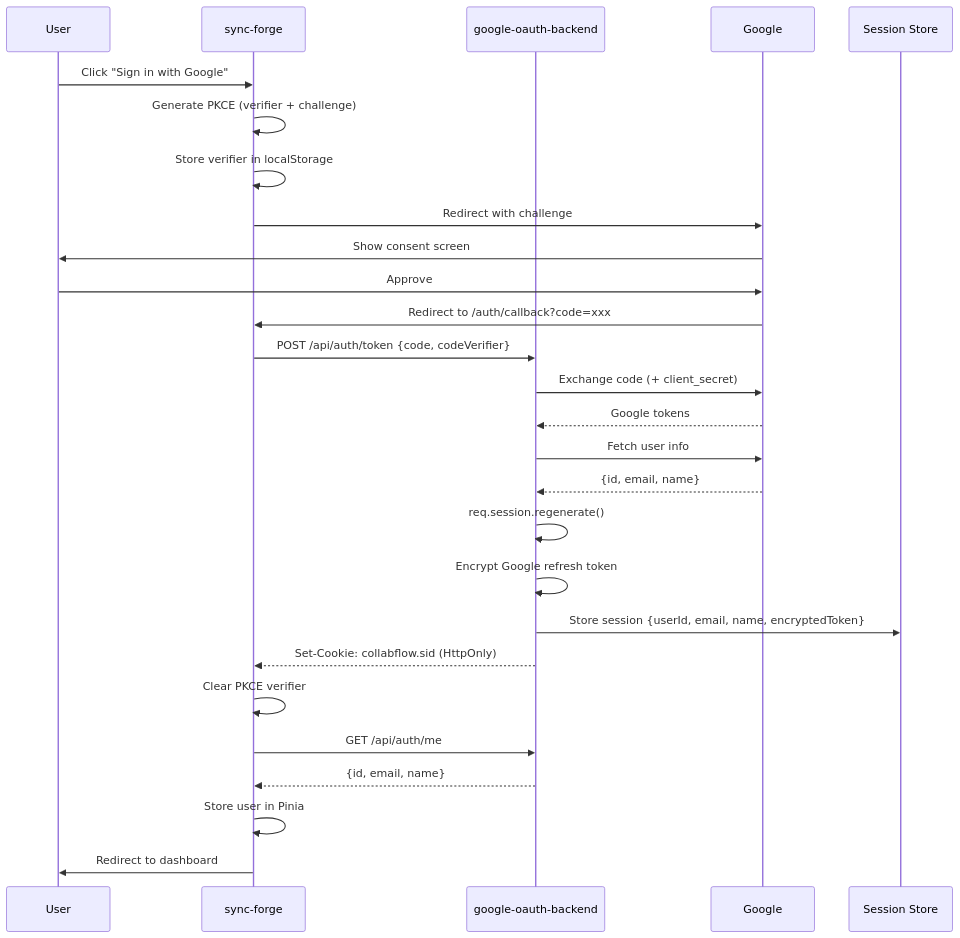
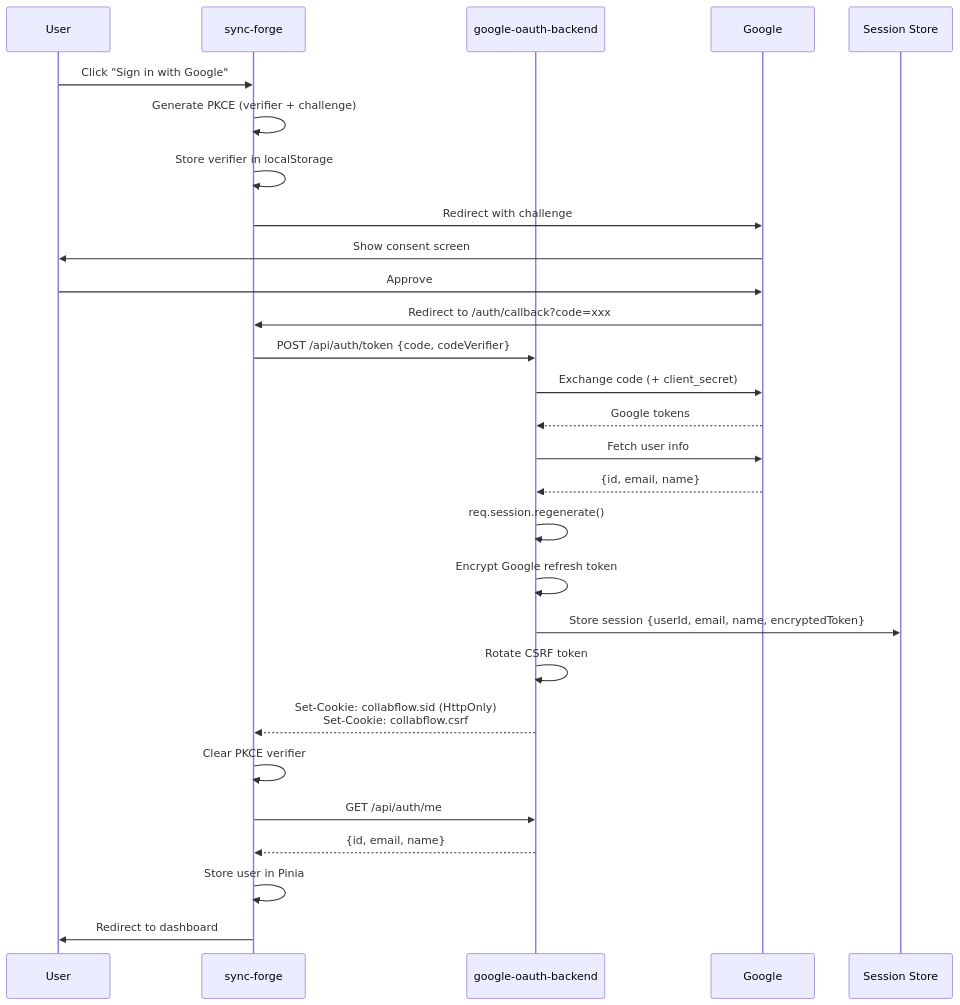
The third of 6 diagrams in SESSION_AUTH_DIAGRAMS.md (akronim/collab-flow), drawn with Mermaid before and after one commit. The commit also changed other lines of this file and 11 other files, not shown here.

Commit message:
update auth diagram, finish toast integration

````diff
--- a/SESSION_AUTH_DIAGRAMS.md
+++ b/SESSION_AUTH_DIAGRAMS.md
@@ -70,30 +70,31 @@
 ```mermaid
 sequenceDiagram
     participant U as User
     participant FE as sync-forge
     participant GW as google-oauth-backend
     participant G as Google
     participant SS as Session Store
 
     U->>FE: Click "Sign in with Google"
     FE->>FE: Generate PKCE (verifier + challenge)
     FE->>FE: Store verifier in localStorage
     FE->>G: Redirect with challenge
     G->>U: Show consent screen
     U->>G: Approve
     G->>FE: Redirect to /auth/callback?code=xxx
     FE->>GW: POST /api/auth/token {code, codeVerifier}
     GW->>G: Exchange code (+ client_secret)
     G-->>GW: Google tokens
     GW->>G: Fetch user info
     G-->>GW: {id, email, name}
     GW->>GW: req.session.regenerate()
     GW->>GW: Encrypt Google refresh token
     GW->>SS: Store session {userId, email, name, encryptedToken}
-    GW-->>FE: Set-Cookie: collabflow.sid (HttpOnly)
+    GW->>GW: Rotate CSRF token
+    GW-->>FE: Set-Cookie: collabflow.sid (HttpOnly)<br/>Set-Cookie: collabflow.csrf
     FE->>FE: Clear PKCE verifier
     FE->>GW: GET /api/auth/me
     GW-->>FE: {id, email, name}
     FE->>FE: Store user in Pinia
     FE->>U: Redirect to dashboard
 ```
````
